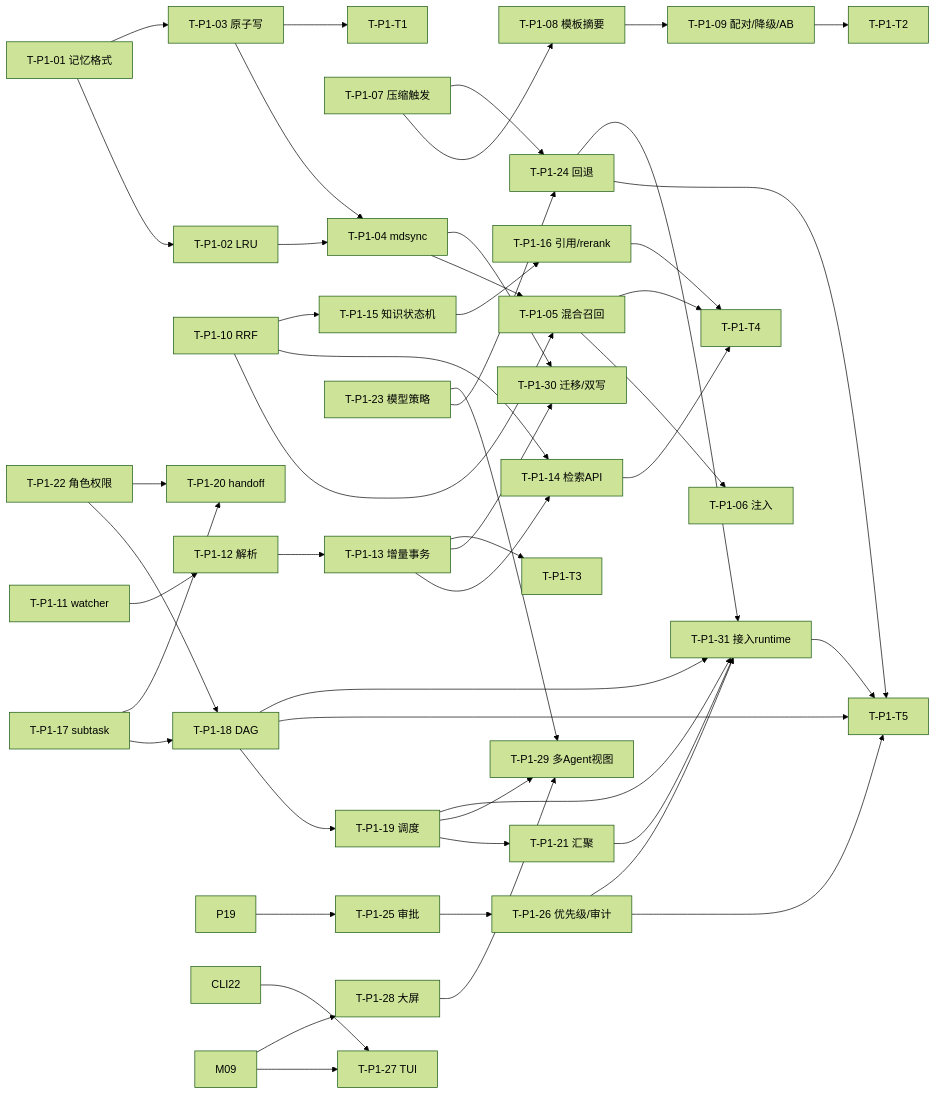
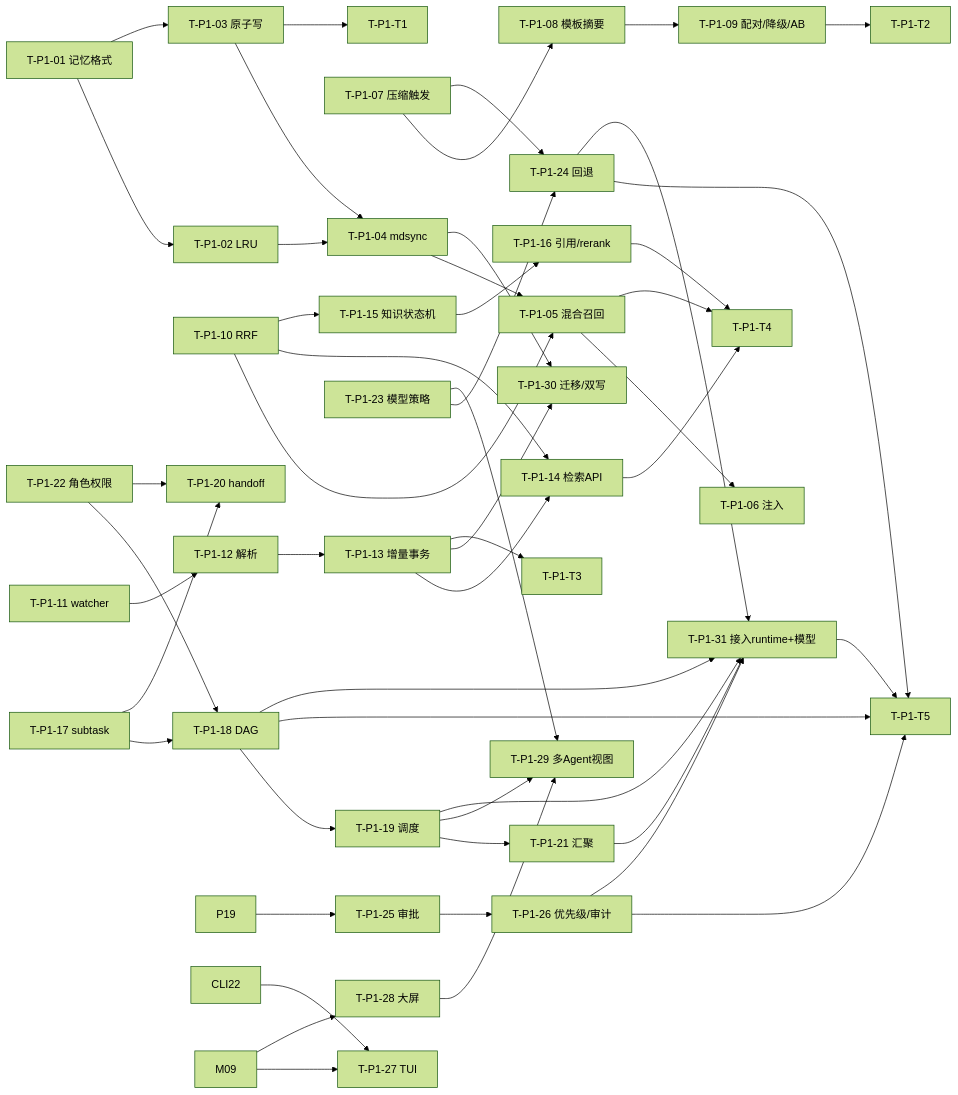
Before and after one commit to kestarsheng/harness-loop: the second of 3 diagrams in .codeartsdoer/specs/harness-loop-platform/tasks.md, drawn with Mermaid (forest theme). The commit also changed other lines of this file and 1 other file, not shown here.

````diff
--- a/.codeartsdoer/specs/harness-loop-platform/tasks.md
+++ b/.codeartsdoer/specs/harness-loop-platform/tasks.md
@@ -1106,51 +1106,51 @@
 ```mermaid
 flowchart LR
   M01[T-P1-01 记忆格式] --> M02[T-P1-02 LRU]
   M01 --> M03[T-P1-03 原子写]
   M02 --> M04[T-P1-04 mdsync]
   M03 --> M04
   M04 --> M05[T-P1-05 混合召回]
   M05 --> M06[T-P1-06 注入]
   R10[T-P1-10 RRF] --> M05
   C07[T-P1-07 压缩触发] --> C08[T-P1-08 模板摘要]
   C08 --> C09[T-P1-09 配对/降级/AB]
   I11[T-P1-11 watcher] --> I12[T-P1-12 解析]
   I12 --> I13[T-P1-13 增量事务]
   I13 --> I14[T-P1-14 检索API]
   R10 --> I14
   K15[T-P1-15 知识状态机] --> K16[T-P1-16 引用/rerank]
   R10 --> K15
   S17[T-P1-17 subtask] --> S18[T-P1-18 DAG]
   P22[T-P1-22 角色权限] --> S18
   S18 --> S19[T-P1-19 调度]
   S17 --> H20[T-P1-20 handoff]
   P22 --> H20
   S19 --> G21[T-P1-21 汇聚]
   MR23[T-P1-23 模型策略] --> MR24[T-P1-24 回退]
   C07 --> MR24
   POL25[T-P1-25 审批] --> POL26[T-P1-26 优先级/审计]
   P19 --> POL25
   CLI22 --> TUI27[T-P1-27 TUI]
   M09 --> TUI27
   M09 --> MON28[T-P1-28 大屏]
   MON28 --> MON29[T-P1-29 多Agent视图]
   S19 --> MON29
   MR23 --> MON29
   M04 --> DB30[T-P1-30 迁移/双写]
   I13 --> DB30
   M03 --> TT1[T-P1-T1]
   C09 --> TT2[T-P1-T2]
   I13 --> TT3[T-P1-T3]
   I14 --> TT4[T-P1-T4]
   K16 --> TT4
   M05 --> TT4
   S18 --> TT5[T-P1-T5]
   MR24 --> TT5
   POL26 --> TT5
-  S18 --> X31[T-P1-31 接入runtime]
+  S18 --> X31[T-P1-31 接入runtime+模型]
   S19 --> X31
   G21 --> X31
   MR24 --> X31
   POL26 --> X31
   X31 --> TT5
 ```
````
